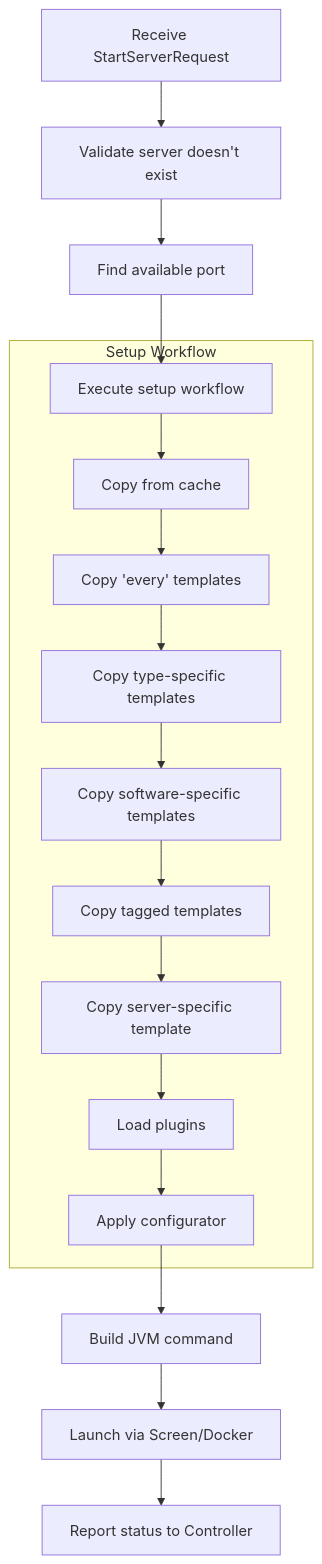
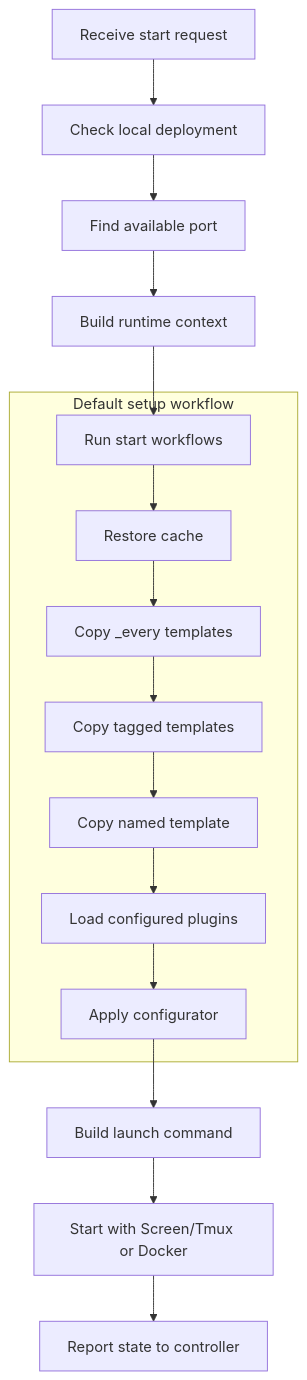
One commit to simplecloudapp/docs changed the second of 2 diagrams in en/manual/introduction/architecture/serverhost.mdx. Above: the diagram before and after it, drawn with Mermaid. The commit also changed other lines of this file and 46 other files, not shown here.

````diff
--- a/en/manual/introduction/architecture/serverhost.mdx
+++ b/en/manual/introduction/architecture/serverhost.mdx
@@ -173,21 +133,20 @@
 ```mermaid
 flowchart TD
-    A[Receive StartServerRequest] --> B[Validate server doesn't exist]
+    A[Receive start request] --> B[Check local deployment]
     B --> C[Find available port]
-    C --> D[Execute setup workflow]
+    C --> D[Build runtime context]
+    D --> E[Run start workflows]
 
-    subgraph Workflow["Setup Workflow"]
-        D --> E[Copy from cache]
-        E --> F[Copy 'every' templates]
-        F --> G[Copy type-specific templates]
-        G --> H[Copy software-specific templates]
-        H --> I[Copy tagged templates]
-        I --> J[Copy server-specific template]
-        J --> K[Load plugins]
-        K --> L[Apply configurator]
+    subgraph Setup["Default setup workflow"]
+        E --> F[Restore cache]
+        F --> G[Copy _every templates]
+        G --> H[Copy tagged templates]
+        H --> I[Copy named template]
+        I --> J[Load configured plugins]
+        J --> K[Apply configurator]
     end
 
-    L --> M[Build JVM command]
-    M --> N[Launch via Screen/Docker]
-    N --> O[Report status to Controller]
+    K --> L[Build launch command]
+    L --> M[Start with Screen/Tmux or Docker]
+    M --> N[Report state to controller]
 ```
````
